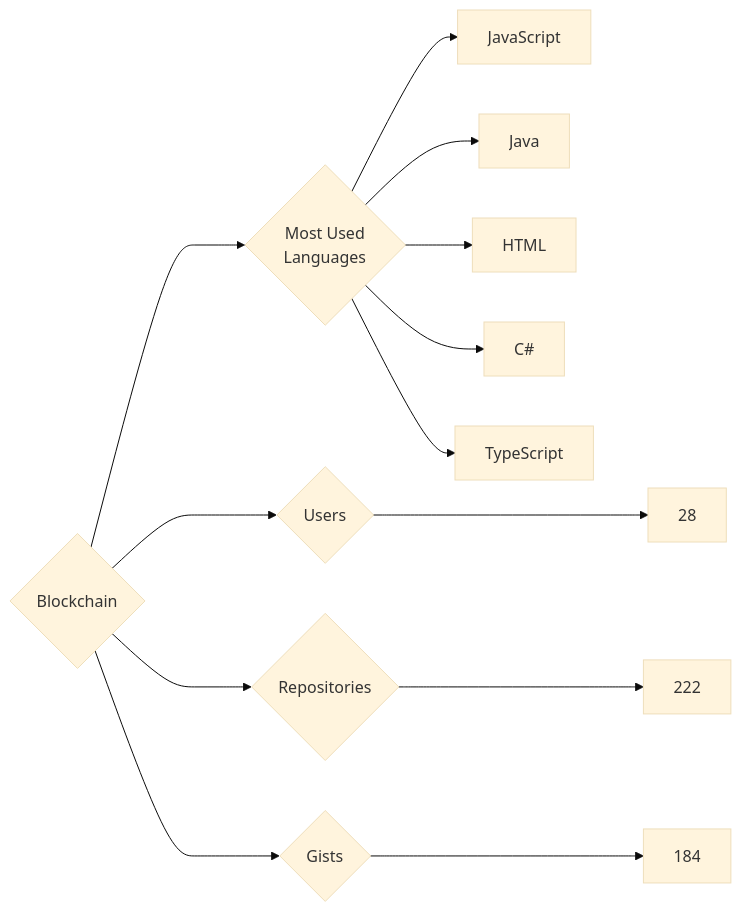
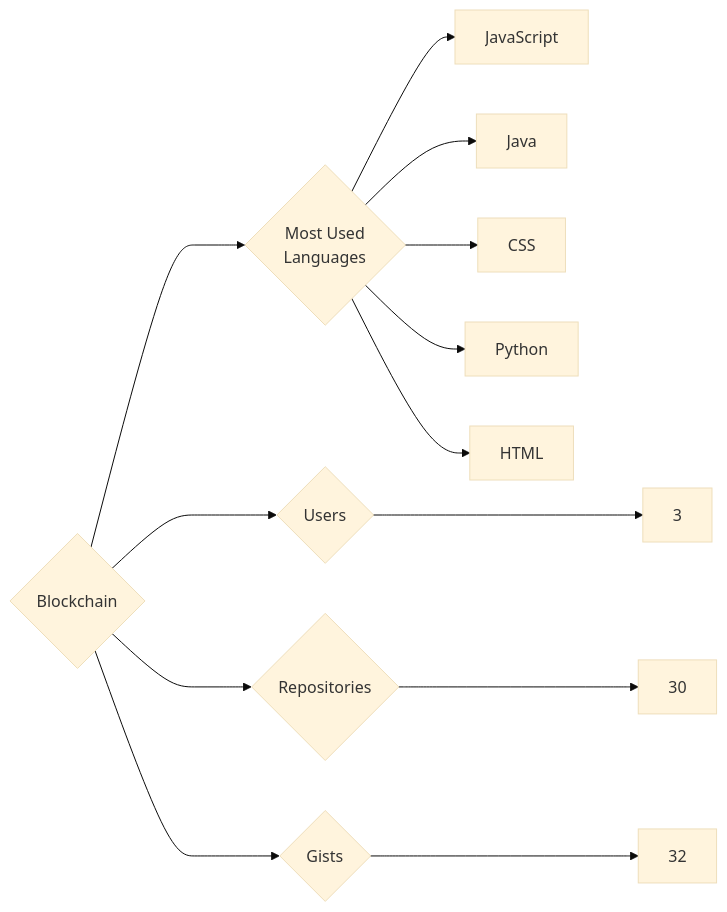
One commit to trickest/insiders changed the diagram in targets/Blockchain/README.md. Above: the diagram before and after it, drawn with Mermaid (base theme). The commit also changed 951 other files, not shown here.

````diff
--- a/targets/Blockchain/README.md
+++ b/targets/Blockchain/README.md
@@ -3,13 +3,13 @@
 ```mermaid
 graph LR
 COMPANY_NAME{Blockchain}
-COMPANY_NAME ---> U{Users} ---> UN[28]
-COMPANY_NAME ---> R{Repositories} ---> RN[222]
-COMPANY_NAME ---> G{Gists} ---> GN[184]
+COMPANY_NAME ---> U{Users} ---> UN[3]
+COMPANY_NAME ---> R{Repositories} ---> RN[30]
+COMPANY_NAME ---> G{Gists} ---> GN[32]
 COMPANY_NAME ---> ML{Most Used<br>Languages}
 ML --> JavaScript[JavaScript]
 ML --> Java[Java]
+ML --> CSS[CSS]
+ML --> Python[Python]
 ML --> HTML[HTML]
-ML --> C#[C#]
-ML --> TypeScript[TypeScript]
 ```
````
